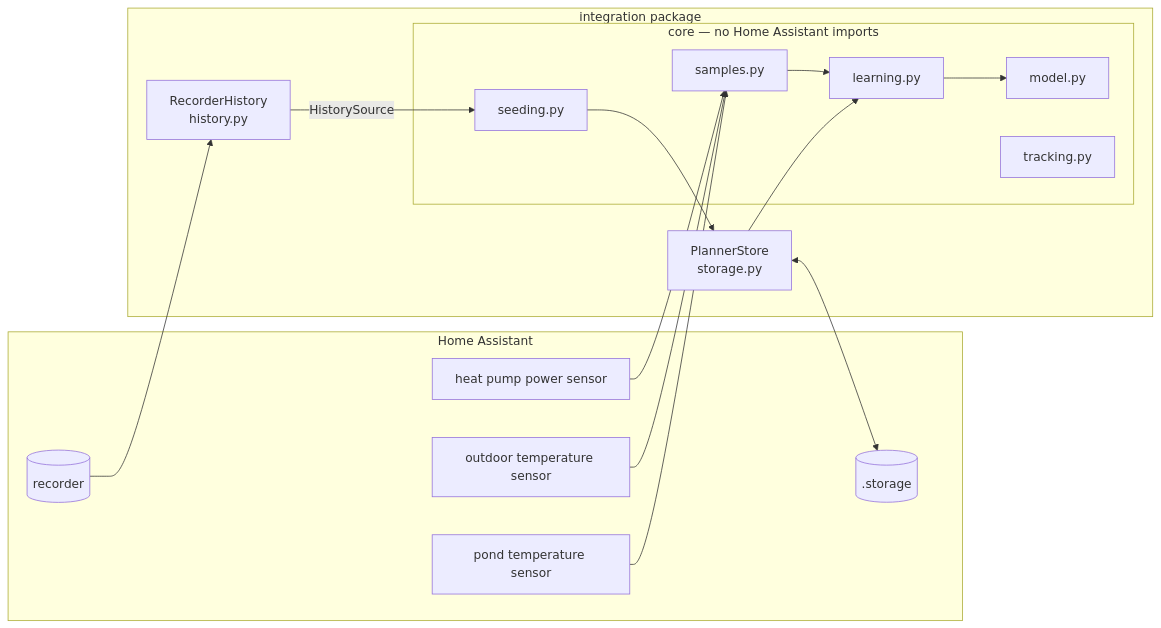
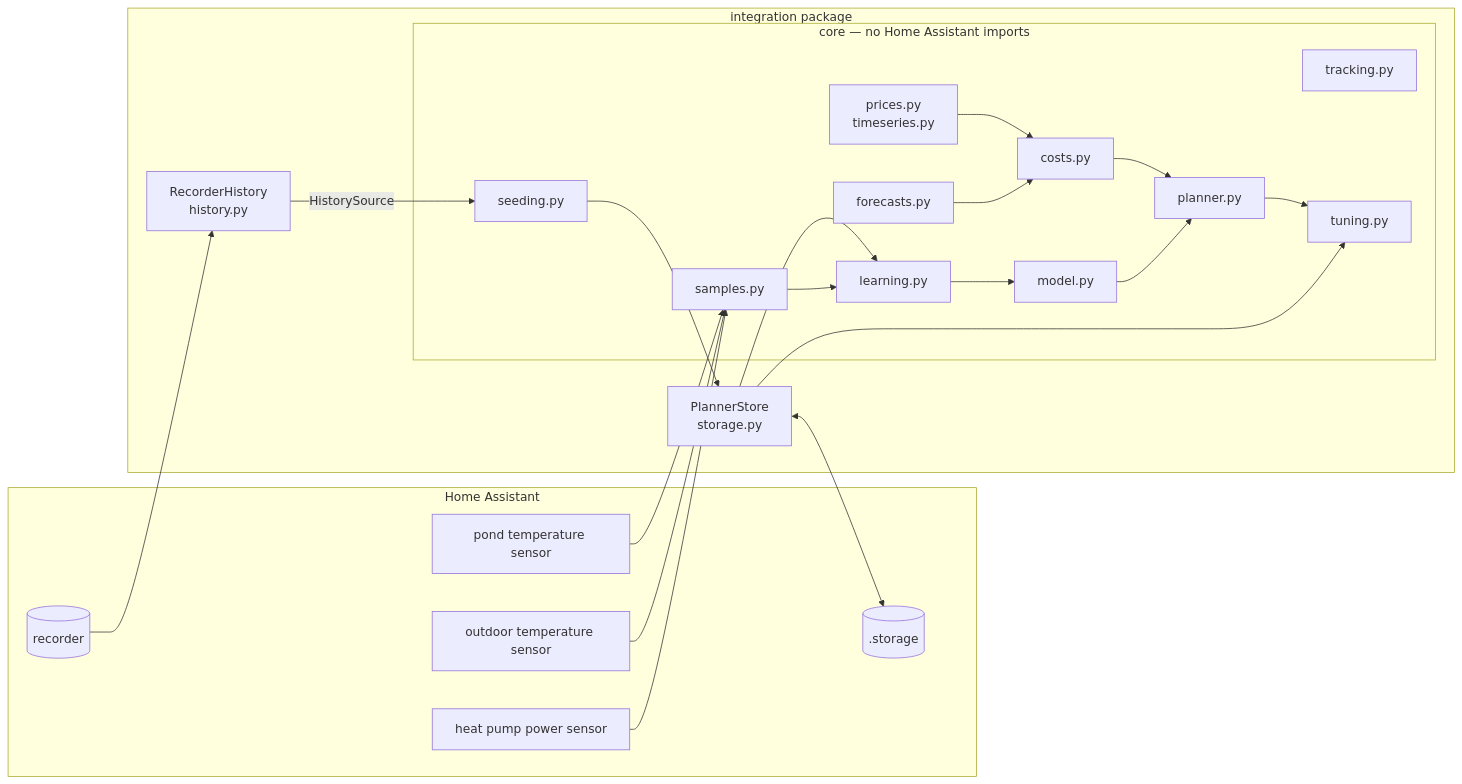
Before and after one commit to abroeders/pond-heatpump-price-planner: the first of 9 diagrams in docs/architecture.md, drawn with Mermaid. The commit also changed other lines of this file and 1 other file, not shown here.

Commit message:
docs: planner revisions and UML diagrams (#3)

````diff
--- a/docs/architecture.md
+++ b/docs/architecture.md
@@ -8,29 +8,39 @@
 ```mermaid
 flowchart LR
     subgraph HA[Home Assistant]
         S1[pond temperature sensor]
         S2[outdoor temperature sensor]
         S3[heat pump power sensor]
         REC[(recorder)]
         ST[(.storage)]
     end
     subgraph INT[integration package]
         STORE[PlannerStore<br/>storage.py]
         HIST[RecorderHistory<br/>history.py]
         subgraph CORE[core — no Home Assistant imports]
             SAMP[samples.py]
             MODEL[model.py]
             LEARN[learning.py]
             SEED[seeding.py]
             TRACK[tracking.py]
+            PRICES[prices.py<br/>timeseries.py]
+            FC[forecasts.py]
+            COSTS[costs.py]
+            PLAN[planner.py]
+            TUNE[tuning.py]
         end
     end
     S1 & S2 & S3 --> SAMP
     REC --> HIST
     HIST -- HistorySource --> SEED
     SEED --> STORE
     STORE <--> ST
     STORE --> LEARN
     LEARN --> MODEL
     SAMP --> LEARN
+    PRICES & FC --> COSTS
+    COSTS --> PLAN
+    MODEL --> PLAN
+    PLAN --> TUNE
+    STORE --> TUNE
 ```
````
